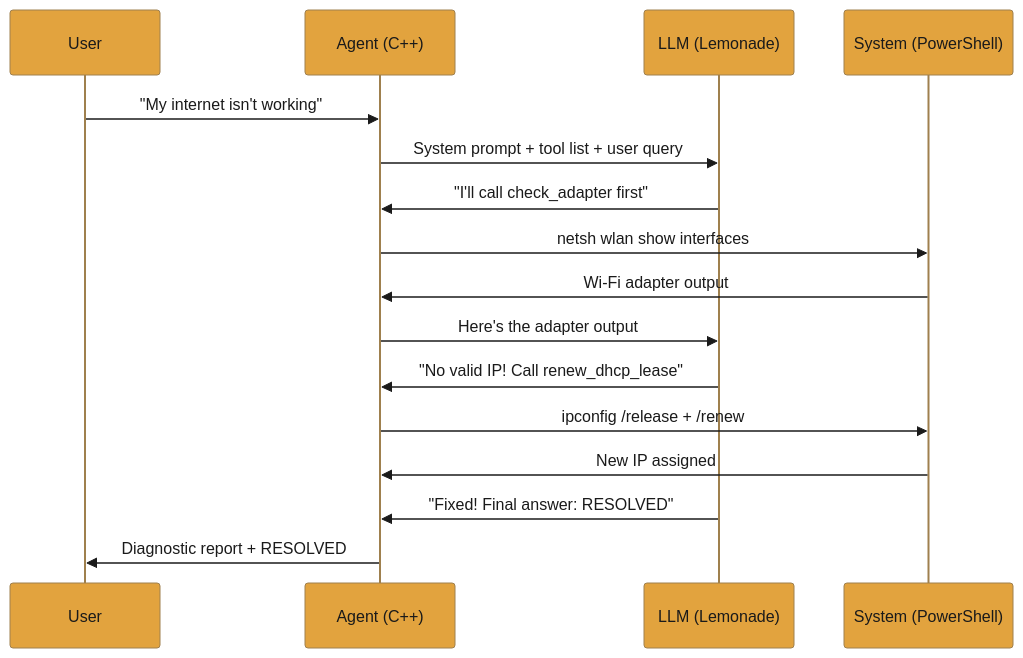
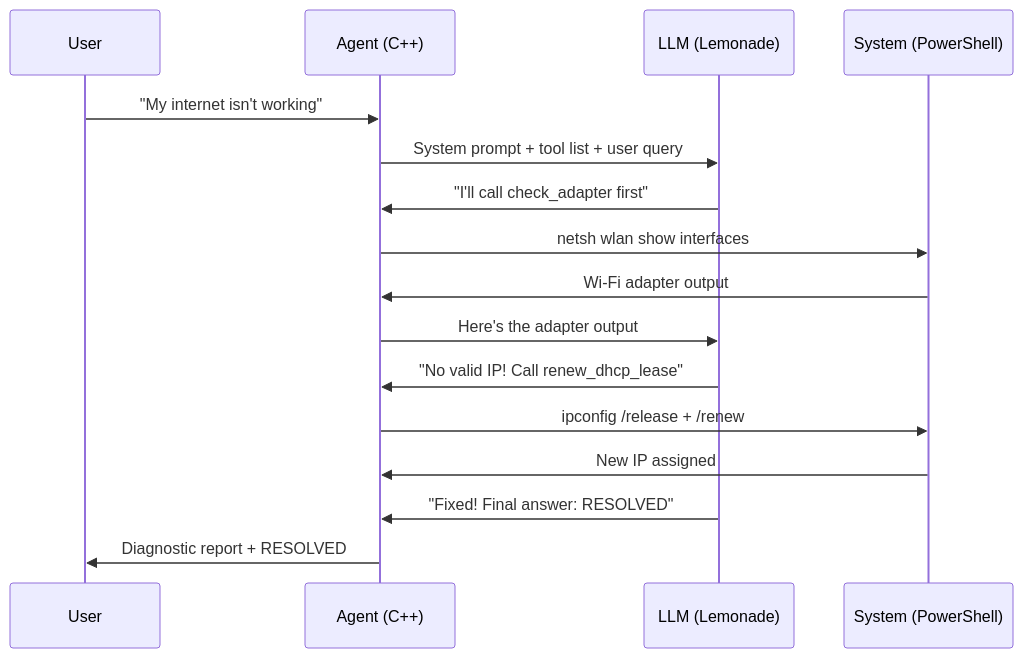
The first of 2 diagrams in docs/cpp/wifi-agent.mdx (amd/gaia), drawn with Mermaid before and after one commit. The commit also changed other lines of this file and 43 other files, not shown here.

First line of the commit message:
docs: documentation audit pass 1 — accuracy, dark-mode diagrams, persona review

````diff
--- a/docs/cpp/wifi-agent.mdx
+++ b/docs/cpp/wifi-agent.mdx
@@ -117,20 +117,19 @@
 ```mermaid
-%%{init: {'theme':'base', 'themeVariables': { 'primaryColor':'#E2A33E', 'fontSize':'14px', 'lineColor':'#E2A33E', 'primaryTextColor':'#1a1a1a', 'edgeLabelBackground':'#1a1a1a'}, 'flowchart': {'curve': 'basis'}}}%%
 sequenceDiagram
     participant U as User
     participant A as Agent (C++)
     participant L as LLM (Lemonade)
     participant S as System (PowerShell)
 
     U->>A: "My internet isn't working"
     A->>L: System prompt + tool list + user query
     L->>A: "I'll call check_adapter first"
     A->>S: netsh wlan show interfaces
     S->>A: Wi-Fi adapter output
     A->>L: Here's the adapter output
     L->>A: "No valid IP! Call renew_dhcp_lease"
     A->>S: ipconfig /release + /renew
     S->>A: New IP assigned
     L->>A: "Fixed! Final answer: RESOLVED"
     A->>U: Diagnostic report + RESOLVED
 ```
````
